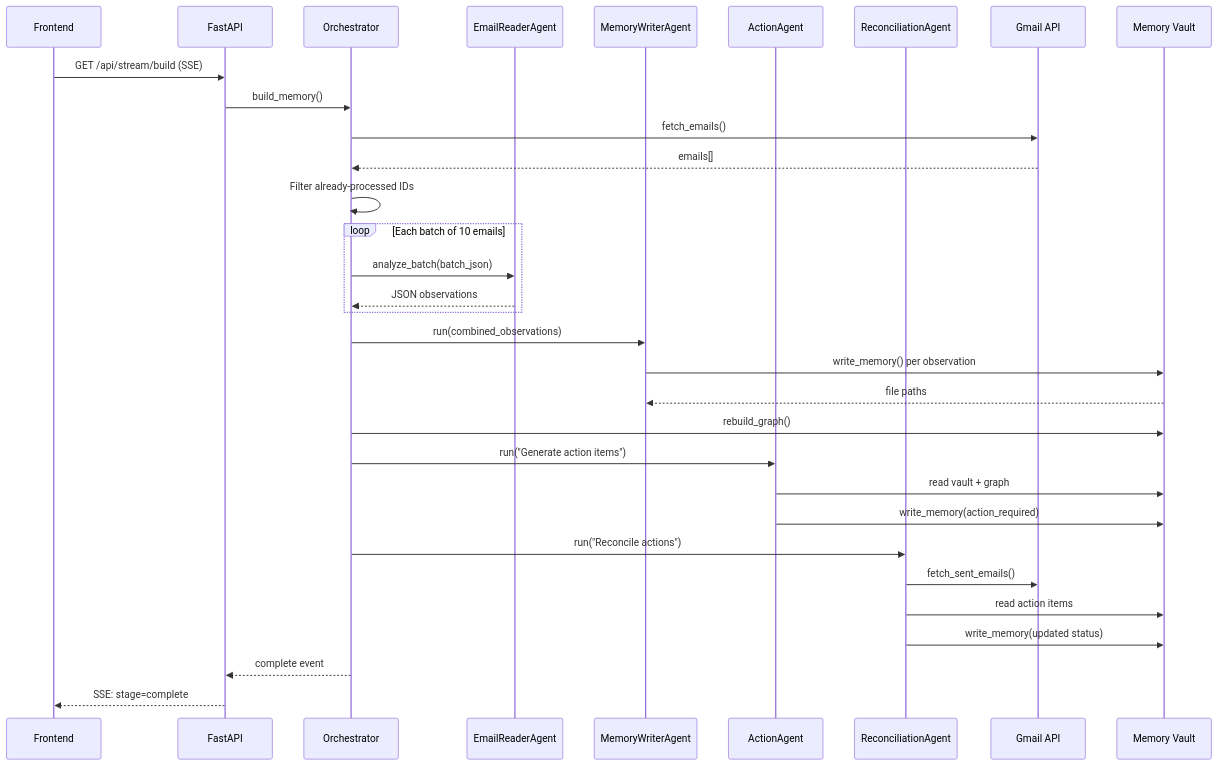
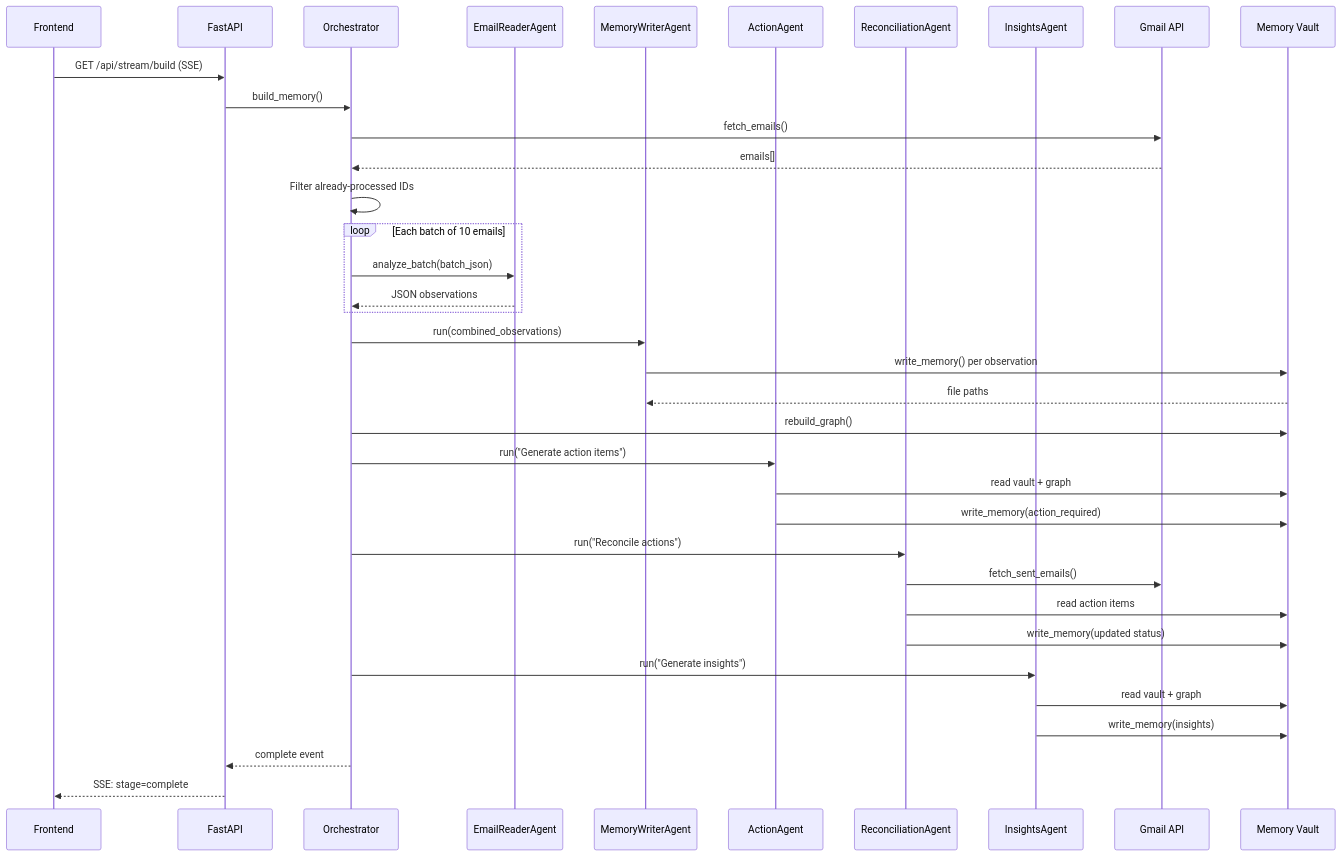
One commit to ifeanyi-okafor/email-memory-agent changed the third of 5 diagrams in docs/agentic-architecture.md. Above: the diagram before and after it, drawn with Mermaid. The commit also changed other lines of this file and 8 other files, not shown here.

````diff
--- a/docs/agentic-architecture.md
+++ b/docs/agentic-architecture.md
@@ -108,42 +124,47 @@
 ```mermaid
 sequenceDiagram
     participant FE as Frontend
     participant API as FastAPI
     participant OR as Orchestrator
     participant ER as EmailReaderAgent
     participant MW as MemoryWriterAgent
     participant AA as ActionAgent
     participant RA as ReconciliationAgent
+    participant IA as InsightsAgent
     participant Gmail as Gmail API
     participant Vault as Memory Vault
 
     FE->>API: GET /api/stream/build (SSE)
     API->>OR: build_memory()
 
     OR->>Gmail: fetch_emails()
     Gmail-->>OR: emails[]
     OR->>OR: Filter already-processed IDs
 
     loop Each batch of 10 emails
         OR->>ER: analyze_batch(batch_json)
         ER-->>OR: JSON observations
     end
 
     OR->>MW: run(combined_observations)
     MW->>Vault: write_memory() per observation
     Vault-->>MW: file paths
 
     OR->>Vault: rebuild_graph()
 
     OR->>AA: run("Generate action items")
     AA->>Vault: read vault + graph
     AA->>Vault: write_memory(action_required)
 
     OR->>RA: run("Reconcile actions")
     RA->>Gmail: fetch_sent_emails()
     RA->>Vault: read action items
     RA->>Vault: write_memory(updated status)
 
+    OR->>IA: run("Generate insights")
+    IA->>Vault: read vault + graph
+    IA->>Vault: write_memory(insights)
+
     OR-->>API: complete event
     API-->>FE: SSE: stage=complete
 ```
````
